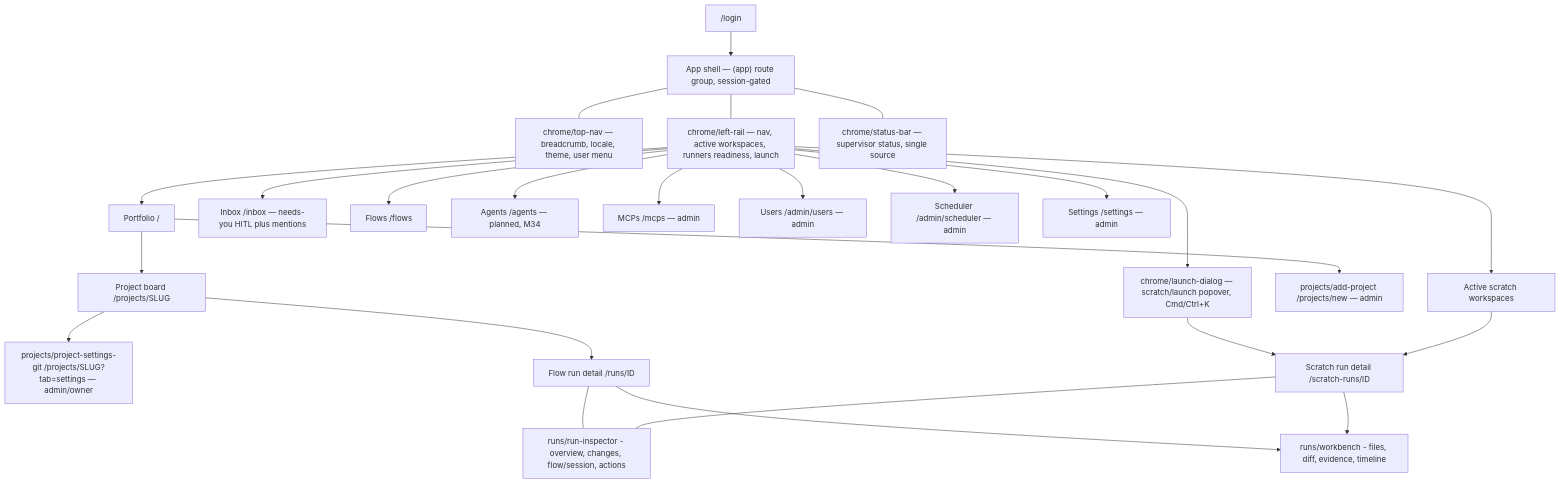
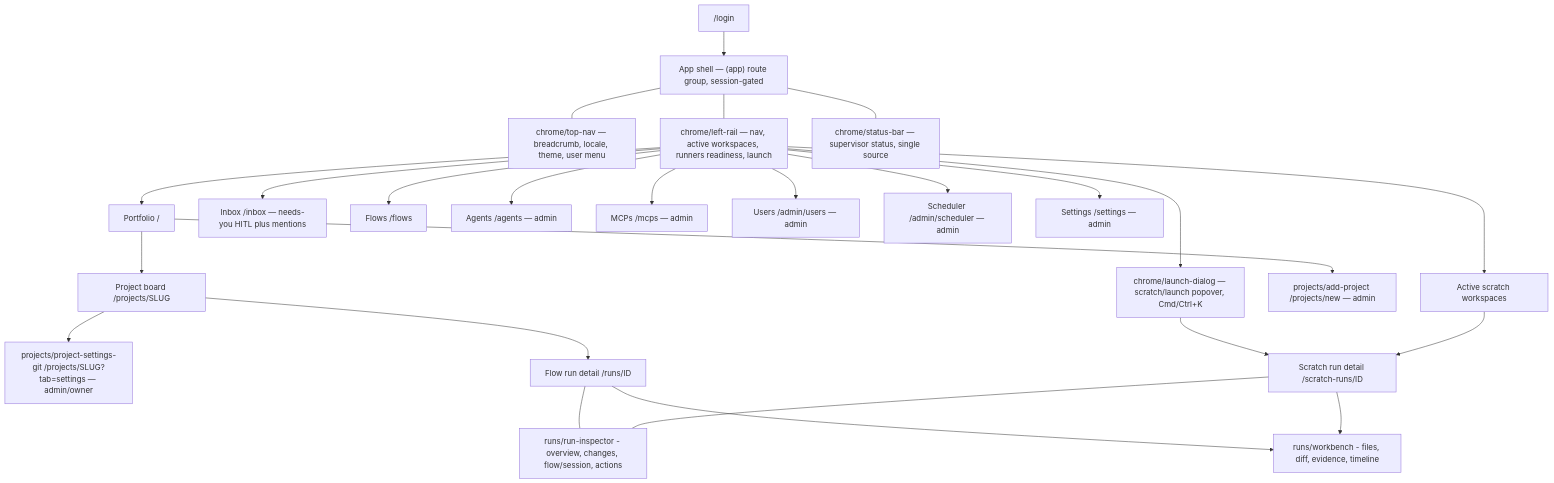
The diagram in docs/screens/README.md (maister-dev/maister), drawn with Mermaid before and after one commit. The commit also changed 6 other files, not shown here.

````diff
--- a/docs/screens/README.md
+++ b/docs/screens/README.md
@@ -103,31 +103,31 @@
 ```mermaid
 flowchart TD
     Login["/login"] --> Shell["App shell — (app) route group, session-gated"]
 
     Shell --- TopNav["chrome/top-nav — breadcrumb, locale, theme, user menu"]
     Shell --- Rail["chrome/left-rail — nav, active workspaces, runners readiness, launch"]
     Shell --- Status["chrome/status-bar — supervisor status, single source"]
     Rail --> Launch["chrome/launch-dialog — scratch/launch popover, Cmd/Ctrl+K"]
 
     Rail --> Portfolio["Portfolio /"]
     Rail --> Inbox["Inbox /inbox — needs-you HITL plus mentions"]
     Rail --> Flows["Flows /flows"]
-    Rail --> Agents["Agents /agents — planned, M34"]
+    Rail --> Agents["Agents /agents — admin"]
     Rail --> Mcps["MCPs /mcps — admin"]
 
     Rail --> Users["Users /admin/users — admin"]
     Rail --> Scheduler["Scheduler /admin/scheduler — admin"]
     Rail --> Settings["Settings /settings — admin"]
 
     Portfolio --> Board["Project board /projects/SLUG"]
     Portfolio --> AddProject["projects/add-project /projects/new — admin"]
     Board --> SettingsGit["projects/project-settings-git /projects/SLUG?tab=settings — admin/owner"]
     Board --> FlowRun["Flow run detail /runs/ID"]
     Rail --> ScratchRows["Active scratch workspaces"]
     Launch --> ScratchRun["Scratch run detail /scratch-runs/ID"]
     ScratchRows --> ScratchRun
     FlowRun --- RunInspector["runs/run-inspector - overview, changes, flow/session, actions"]
     ScratchRun --- RunInspector
     FlowRun --> Workbench["runs/workbench - files, diff, evidence, timeline"]
     ScratchRun --> Workbench
 ```
````
